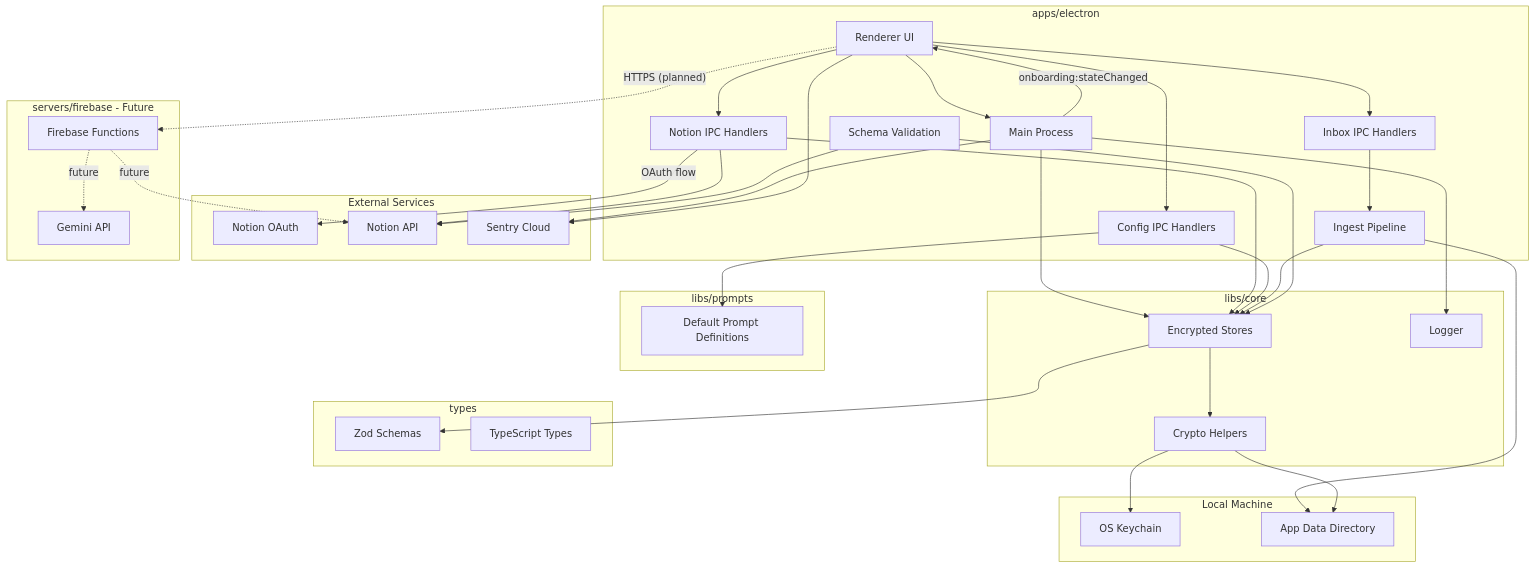
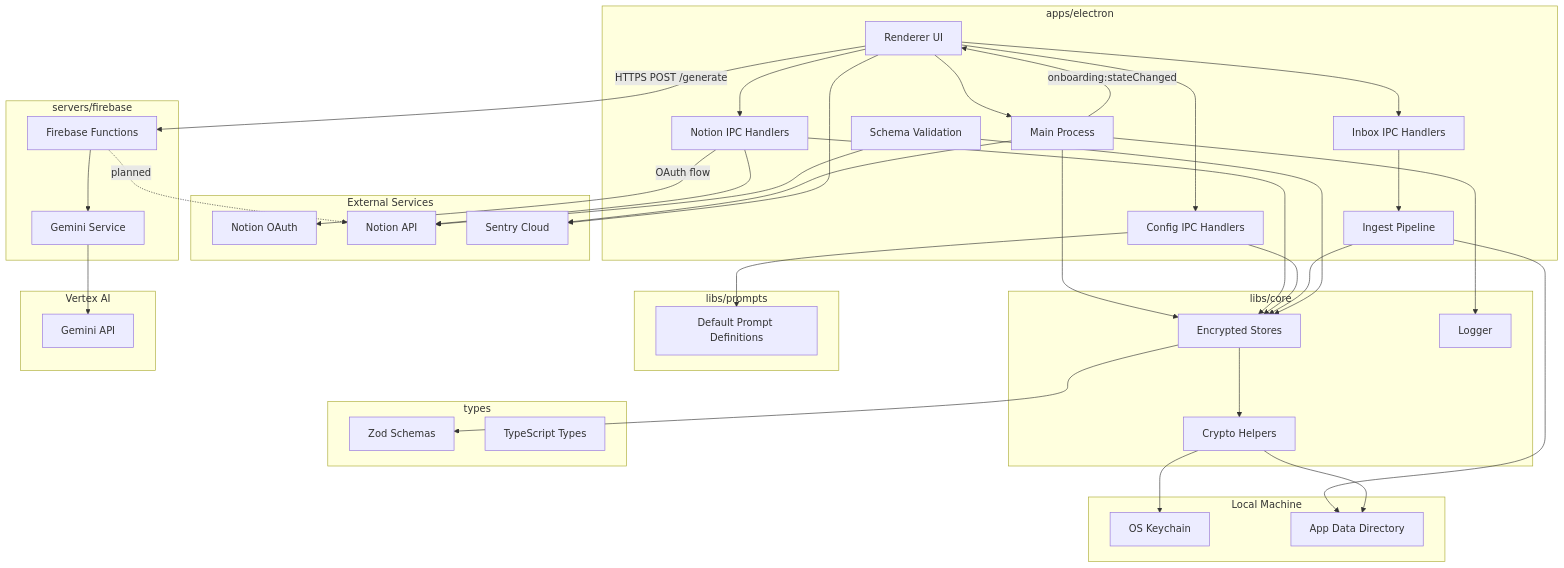
Before and after one commit to hcwiley/flwst: the diagram in ARCH.md, drawn with Mermaid. The commit also changed other lines of this file and 67 other files, not shown here.

````diff
--- a/ARCH.md
+++ b/ARCH.md
@@ -43,71 +48,76 @@
 ```mermaid
 flowchart TD
   subgraph App[apps/electron]
     Renderer[Renderer UI]
     Main[Main Process]
     NotionIPC[Notion IPC Handlers]
     ConfigIPC[Config IPC Handlers]
     InboxIPC[Inbox IPC Handlers]
     Ingest[Ingest Pipeline]
     SchemaValidation[Schema Validation]
   end
 
   subgraph Core[libs/core]
     Stores[Encrypted Stores]
     Crypto[Crypto Helpers]
     Logger[Logger]
   end
 
   subgraph Types[types]
     ZodSchemas[Zod Schemas]
     TypeDefs[TypeScript Types]
   end
 
   subgraph Prompts[libs/prompts]
     PromptDefs[Default Prompt Definitions]
   end
 
   subgraph Local[Local Machine]
     Keychain[OS Keychain]
     Files[App Data Directory]
   end
 
   subgraph External[External Services]
     NotionOAuth[Notion OAuth]
     NotionAPI[Notion API]
     SentryAPI[Sentry Cloud]
   end
 
-  subgraph Firebase[servers/firebase - Future]
+  subgraph Firebase[servers/firebase]
     Functions[Firebase Functions]
+    GeminiService[Gemini Service]
+  end
+
+  subgraph VertexAI[Vertex AI]
     Gemini[Gemini API]
   end
 
   Renderer --> Main
   Renderer --> NotionIPC
   Renderer --> ConfigIPC
   Renderer --> InboxIPC
   Main -->|"onboarding:stateChanged"| Renderer
   Main --> Stores
   NotionIPC --> NotionAPI
   NotionIPC -->|OAuth flow| NotionOAuth
   NotionIPC --> Stores
   ConfigIPC --> Stores
   ConfigIPC --> PromptDefs
   InboxIPC --> Ingest
   Ingest --> Files
   Ingest --> Stores
   SchemaValidation --> NotionAPI
   SchemaValidation --> Stores
   Stores --> Crypto
   Stores --> ZodSchemas
   Crypto --> Keychain
   Crypto --> Files
   Main --> Logger
   Main --> SentryAPI
   Renderer --> SentryAPI
 
-  Renderer -.->|"HTTPS (planned)"| Functions
-  Functions -.->|future| Gemini
-  Functions -.->|future| NotionAPI
+  Renderer -->|HTTPS POST /generate| Functions
+  Functions --> GeminiService
+  GeminiService --> Gemini
+  Functions -.->|planned| NotionAPI
 ```
````
